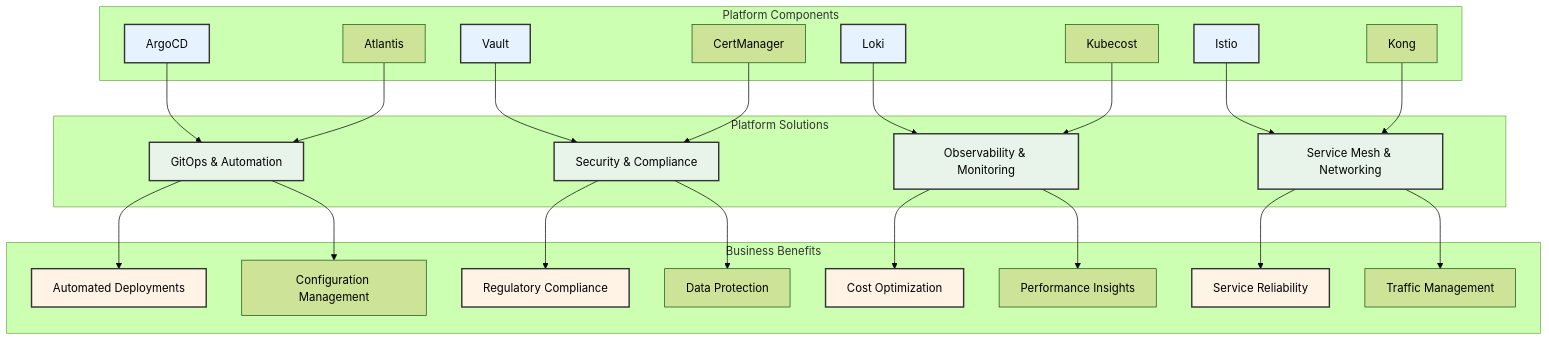
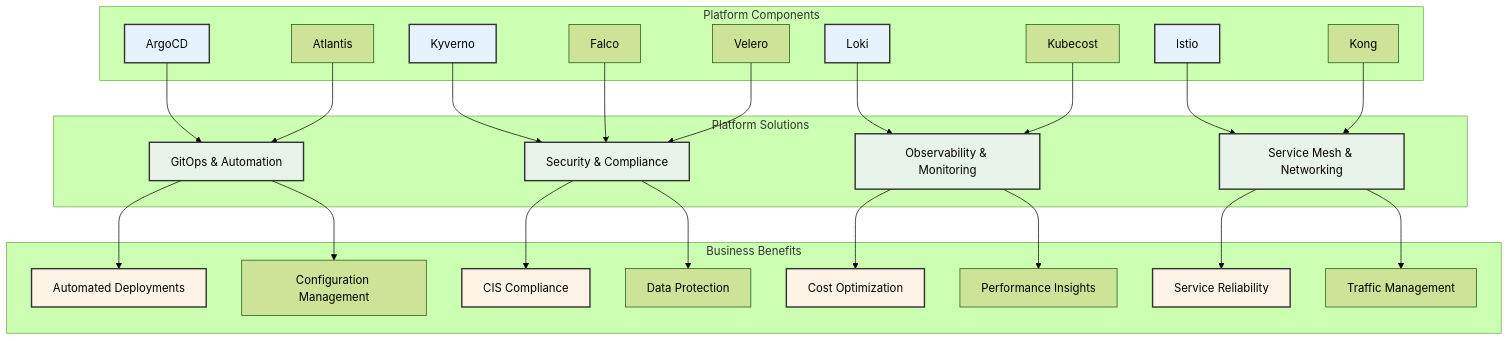
The first of 2 diagrams in README.md (cloudon-one/kubelaunch-essentials), drawn with Mermaid (forest theme) before and after one commit. The commit also changed other lines of this file and 24 other files, not shown here.

````diff
--- a/README.md
+++ b/README.md
@@ -7,35 +15,35 @@
 ```mermaid
 graph TB
     subgraph Solutions["Platform Solutions"]
         GitOps["GitOps & Automation"]
         Security["Security & Compliance"]
         Observability["Observability & Monitoring"]
         ServiceMesh["Service Mesh & Networking"]
     end
-    
+
     subgraph Components["Platform Components"]
-        ArgoCD & Atlantis --> GitOps
-        Vault & CertManager --> Security
-        Loki & Kubecost --> Observability
-        Istio & Kong --> ServiceMesh
+        ArgoCD["ArgoCD"] & Atlantis["Atlantis"] --> GitOps
+        Kyverno["Kyverno"] & Falco["Falco"] & Velero["Velero"] --> Security
+        Loki["Loki"] & Kubecost["Kubecost"] --> Observability
+        Istio["Istio"] & Kong["Kong"] --> ServiceMesh
     end
-    
+
     subgraph Benefits["Business Benefits"]
         GitOps --> AutoDeploy["Automated Deployments"]
         GitOps --> Config["Configuration Management"]
-        Security --> Compliance["Regulatory Compliance"]
+        Security --> Compliance["CIS Compliance"]
         Security --> DataProt["Data Protection"]
         Observability --> Costs["Cost Optimization"]
         Observability --> Perf["Performance Insights"]
         ServiceMesh --> Reliability["Service Reliability"]
         ServiceMesh --> Traffic["Traffic Management"]
     end
 
     classDef solutions fill:#e8f4ea,stroke:#333,stroke-width:2px;
     classDef components fill:#e6f3ff,stroke:#333,stroke-width:2px;
     classDef benefits fill:#fff3e6,stroke:#333,stroke-width:2px;
-    
+
     class GitOps,Security,Observability,ServiceMesh solutions;
-    class ArgoCD,Vault,Loki,Istio components;
+    class ArgoCD,Kyverno,Loki,Istio components;
     class AutoDeploy,Compliance,Costs,Reliability benefits;
 ```
````
